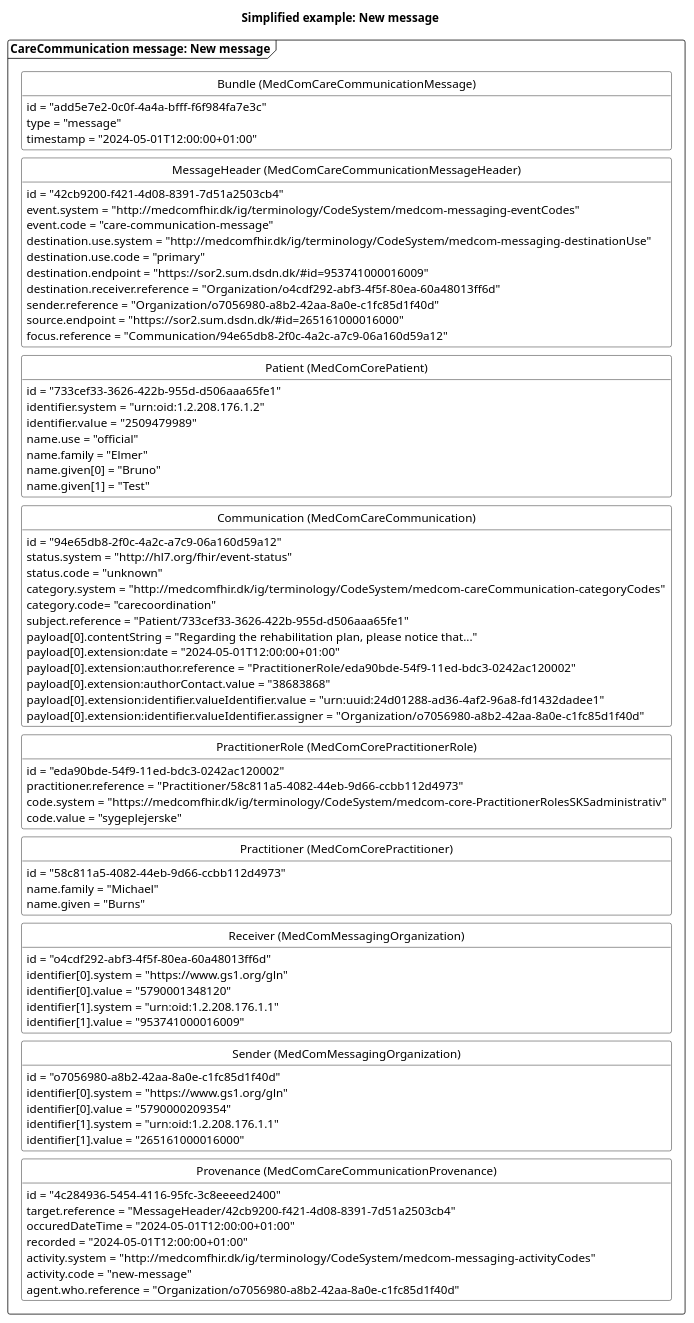
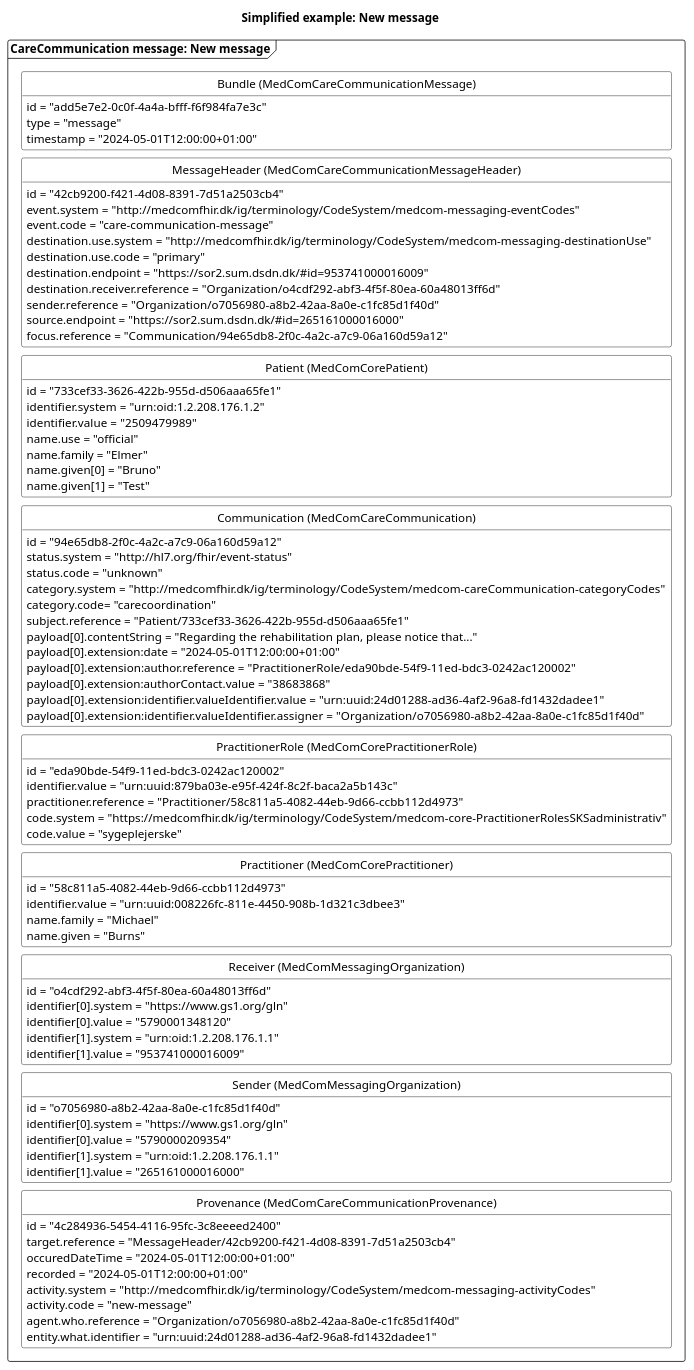
One commit to medcomdk/dk-medcom-carecommunication changed the diagram in puml/CareCommunicationNewMessage.puml. Above: the diagram before and after it, drawn with PlantUML. The commit also changed 2 other files, not shown here.

Commit message:
update of uml diagrams

```diff
--- a/puml/CareCommunicationNewMessage.puml
+++ b/puml/CareCommunicationNewMessage.puml
@@ -1,105 +1,108 @@
 @startuml CCNewMessage
 
 'layout
 skinparam class {
     BackgroundColor White
     BorderColor Black
     ArrowColor Black
   }
 hide circle
 hide empty members
 skinparam SameClassWidth true
 skinparam Ranksep 10
 
 
 'title
 title Simplified example: New message
 
 'Message 1: New message
 package "CareCommunication message: New message" as new <<Frame>>{
     class "Bundle (MedComCareCommunicationMessage)" as newB {
         id = "add5e7e2-0c0f-4a4a-bfff-f6f984fa7e3c"
         type = "message"
         timestamp = "2024-05-01T12:00:00+01:00"
     }
     class "MessageHeader (MedComCareCommunicationMessageHeader)" as newMH{
         id = "42cb9200-f421-4d08-8391-7d51a2503cb4"
         event.system = "http://medcomfhir.dk/ig/terminology/CodeSystem/medcom-messaging-eventCodes"
         event.code = "care-communication-message"
         destination.use.system = "http://medcomfhir.dk/ig/terminology/CodeSystem/medcom-messaging-destinationUse"
         destination.use.code = "primary"
         destination.endpoint = "https://sor2.sum.dsdn.dk/#id=953741000016009"
         destination.receiver.reference = "Organization/o4cdf292-abf3-4f5f-80ea-60a48013ff6d"
         sender.reference = "Organization/o7056980-a8b2-42aa-8a0e-c1fc85d1f40d"
         source.endpoint = "https://sor2.sum.dsdn.dk/#id=265161000016000"
         focus.reference = "Communication/94e65db8-2f0c-4a2c-a7c9-06a160d59a12"
     }
     class "Patient (MedComCorePatient)" as newPT{
         id = "733cef33-3626-422b-955d-d506aaa65fe1"
         identifier.system = "urn:oid:1.2.208.176.1.2"
         identifier.value = "2509479989"
         name.use = "official"
         name.family = "Elmer"
         name.given[0] = "Bruno"
         name.given[1] = "Test"
     }
     class "Communication (MedComCareCommunication)" as newCom{
         id = "94e65db8-2f0c-4a2c-a7c9-06a160d59a12"
         status.system = "http://hl7.org/fhir/event-status" 
         status.code = "unknown"
         category.system = "http://medcomfhir.dk/ig/terminology/CodeSystem/medcom-careCommunication-categoryCodes"
         category.code= "carecoordination"
         subject.reference = "Patient/733cef33-3626-422b-955d-d506aaa65fe1"
         payload[0].contentString = "Regarding the rehabilitation plan, please notice that..."
         payload[0].extension:date = "2024-05-01T12:00:00+01:00"
         payload[0].extension:author.reference = "PractitionerRole/eda90bde-54f9-11ed-bdc3-0242ac120002"
         payload[0].extension:authorContact.value = "38683868"
         payload[0].extension:identifier.valueIdentifier.value = "urn:uuid:24d01288-ad36-4af2-96a8-fd1432dadee1"
         payload[0].extension:identifier.valueIdentifier.assigner = "Organization/o7056980-a8b2-42aa-8a0e-c1fc85d1f40d"
     }
     class "PractitionerRole (MedComCorePractitionerRole)" as newPracR{
         id = "eda90bde-54f9-11ed-bdc3-0242ac120002"
+        identifier.value = "urn:uuid:879ba03e-e95f-424f-8c2f-baca2a5b143c" 
         practitioner.reference = "Practitioner/58c811a5-4082-44eb-9d66-ccbb112d4973"
         code.system = "https://medcomfhir.dk/ig/terminology/CodeSystem/medcom-core-PractitionerRolesSKSadministrativ"
         code.value = "sygeplejerske"
     }
     class "Practitioner (MedComCorePractitioner)" as newPrac{
         id = "58c811a5-4082-44eb-9d66-ccbb112d4973"
+        identifier.value = "urn:uuid:008226fc-811e-4450-908b-1d321c3dbee3"
         name.family = "Michael"
         name.given = "Burns"
     }
     class "Receiver (MedComMessagingOrganization)" as newROrg{
         id = "o4cdf292-abf3-4f5f-80ea-60a48013ff6d"
         identifier[0].system = "https://www.gs1.org/gln"
         identifier[0].value = "5790001348120"
         identifier[1].system = "urn:oid:1.2.208.176.1.1"
         identifier[1].value = "953741000016009"
     }
     class "Sender (MedComMessagingOrganization)" as newSOrg{
         id = "o7056980-a8b2-42aa-8a0e-c1fc85d1f40d"
         identifier[0].system = "https://www.gs1.org/gln"
         identifier[0].value = "5790000209354"
         identifier[1].system = "urn:oid:1.2.208.176.1.1"
         identifier[1].value = "265161000016000"
     }
     class "Provenance (MedComCareCommunicationProvenance)" as newPRO{
         id = "4c284936-5454-4116-95fc-3c8eeeed2400"
         target.reference = "MessageHeader/42cb9200-f421-4d08-8391-7d51a2503cb4"
         occuredDateTime = "2024-05-01T12:00:00+01:00"
         recorded = "2024-05-01T12:00:00+01:00"
         activity.system = "http://medcomfhir.dk/ig/terminology/CodeSystem/medcom-messaging-activityCodes"
         activity.code = "new-message"
         agent.who.reference = "Organization/o7056980-a8b2-42aa-8a0e-c1fc85d1f40d"
+        entity.what.identifier = "urn:uuid:24d01288-ad36-4af2-96a8-fd1432dadee1"
     }
 
 newB -[hidden]- newMH
 newMH -[hidden]-newPT
 newPT-[hidden]-newCom
 newCom -[hidden]-newPracR
 newPracR-[hidden]-newPrac
 newPrac-[hidden]-newROrg
 newROrg-[hidden]- newSOrg
 newSOrg-[hidden]-newPRO
 
 
 @enduml
```
